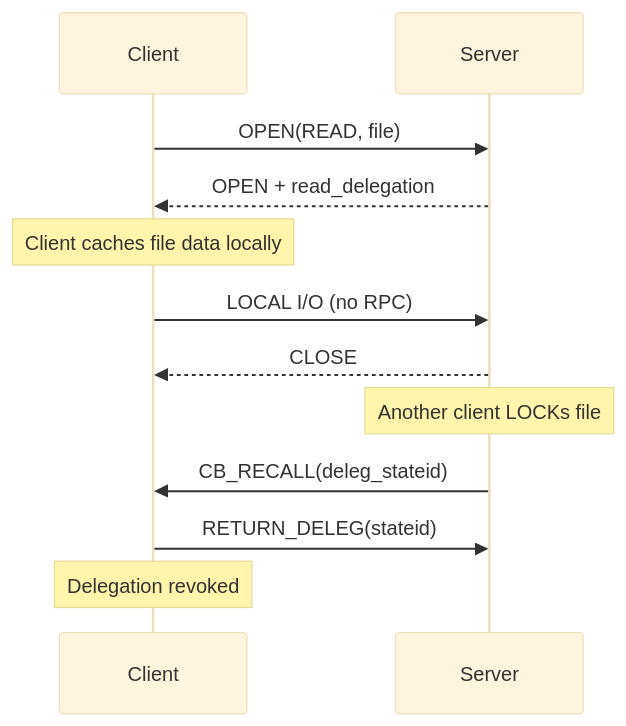
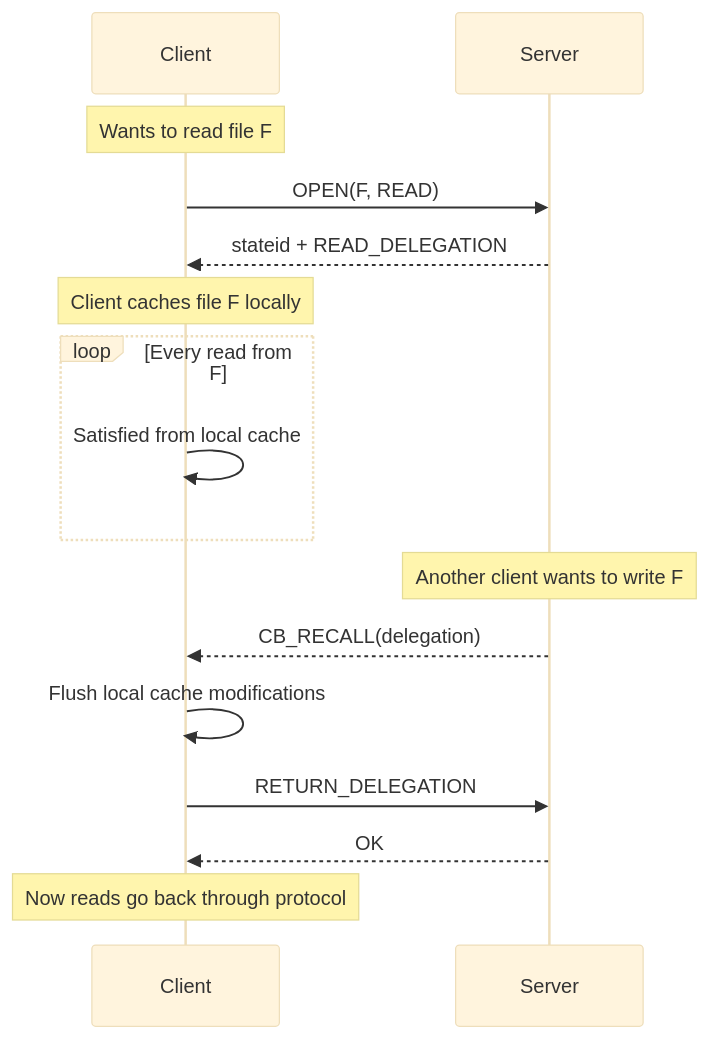
Before and after one commit to darrenstarr/dnfs: the second of 2 diagrams in docs/nfs-ebook/ch03-nfsv4.md, drawn with Mermaid (base theme). The commit also changed other lines of this file and 9 other files, not shown here.

````diff
--- a/docs/nfs-ebook/ch03-nfsv4.md
+++ b/docs/nfs-ebook/ch03-nfsv4.md
@@ -141,14 +102,18 @@
 ```mermaid
 sequenceDiagram
     participant C as Client
     participant S as Server
-    C->>S: OPEN(READ, file)
-    S-->>C: OPEN + read_delegation
-    Note over C: Client caches file data locally
-    C->>S: LOCAL I/O (no RPC)
-    S-->>C: CLOSE
-    Note over S: Another client LOCKs file
-    S->>C: CB_RECALL(deleg_stateid)
-    C->>S: RETURN_DELEG(stateid)
-    Note over C: Delegation revoked
+    Note over C: Wants to read file F
+    C->>S: OPEN(F, READ)
+    S-->>C: stateid + READ_DELEGATION
+    Note over C: Client caches file F locally
+    loop Every read from F
+        C->>C: Satisfied from local cache
+    end
+    Note over S: Another client wants to write F
+    S-->>C: CB_RECALL(delegation)
+    C->>C: Flush local cache modifications
+    C->>S: RETURN_DELEGATION
+    S-->>C: OK
+    Note over C: Now reads go back through protocol
 ```
````
